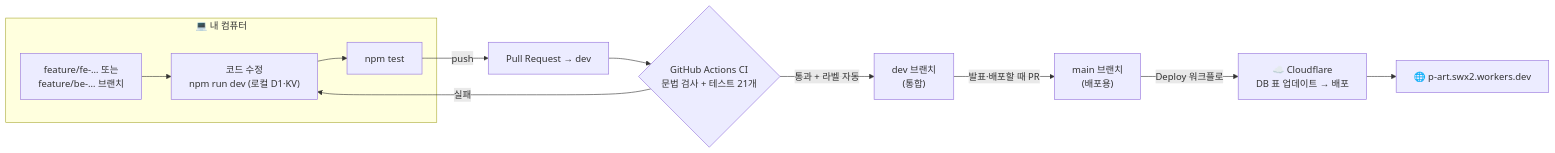
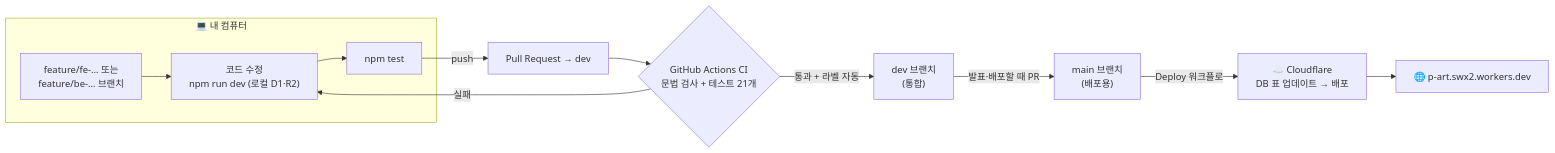
The eighth of 8 diagrams in docs/WORKFLOW.md (10x4hs/p-art), drawn with Mermaid before and after one commit. The commit also changed other lines of this file and 30 other files, not shown here.

````diff
--- a/docs/WORKFLOW.md
+++ b/docs/WORKFLOW.md
@@ -237,13 +237,13 @@
 ```mermaid
 flowchart LR
   subgraph LOCAL["💻 내 컴퓨터"]
-    BR["feature/fe-… 또는<br/>feature/be-… 브랜치"] --> CODE["코드 수정<br/>npm run dev (로컬 D1·KV)"] --> T["npm test"]
+    BR["feature/fe-… 또는<br/>feature/be-… 브랜치"] --> CODE["코드 수정<br/>npm run dev (로컬 D1·R2)"] --> T["npm test"]
   end
   T -- push --> PR["Pull Request → dev"]
   PR --> CI{"GitHub Actions CI<br/>문법 검사 + 테스트 21개"}
   CI -- 실패 --> CODE
   CI -- 통과 + 라벨 자동 --> DEV["dev 브랜치<br/>(통합)"]
   DEV -- "발표·배포할 때 PR" --> MAIN["main 브랜치<br/>(배포용)"]
   MAIN -- "Deploy 워크플로" --> CFD["☁️ Cloudflare<br/>DB 표 업데이트 → 배포"]
   CFD --> LIVE["🌐 p-art.swx2.workers.dev"]
 ```
````
